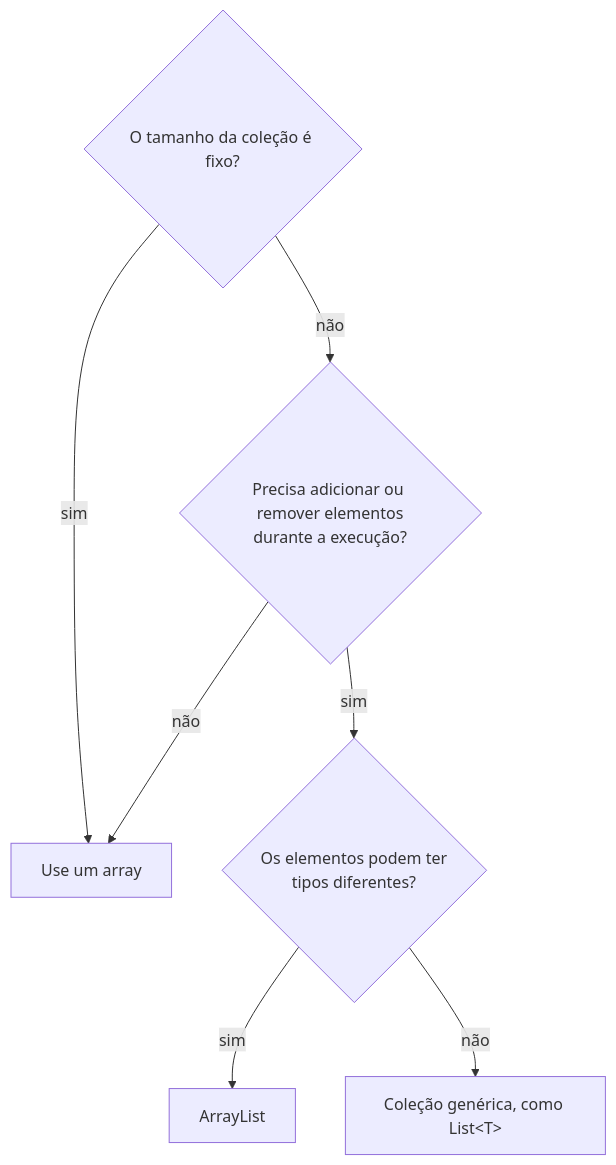
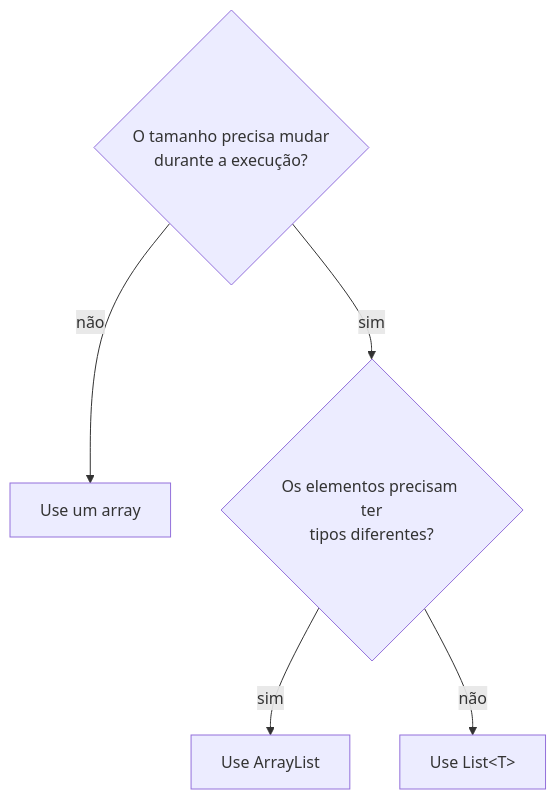
One commit to leorruas/puc changed the diagram in 04. Algoritmos e Estruturas de Dados/01. ArrayList, referências e operações em coleções.md. Above: the diagram before and after it, drawn with Mermaid. The commit also changed other lines of this file, not shown here.

Commit message:
Simplifica árvore Mermaid de decisão sobre ArrayList

````diff
--- a/04. Algoritmos e Estruturas de Dados/01. ArrayList, referências e operações em coleções.md
+++ b/04. Algoritmos e Estruturas de Dados/01. ArrayList, referências e operações em coleções.md
@@ -64,16 +64,13 @@
 ```mermaid
 flowchart TD
-    Inicio{"O tamanho da coleção é fixo?"}:::core
+    Inicio{"O tamanho precisa mudar<br>durante a execução?"}:::core
     Array["Use um array"]:::data
-    Dinamica{"Precisa adicionar ou remover elementos<br>durante a execução?"}:::core
-    Tipos{"Os elementos podem ter<br>tipos diferentes?"}:::core
-    ArrayList["ArrayList"]:::component
-    Generica["Coleção genérica, como List&lt;T&gt;"]:::external
+    Tipos{"Os elementos precisam ter<br>tipos diferentes?"}:::core
+    ArrayList["Use ArrayList"]:::component
+    List["Use List&lt;T&gt;"]:::external
 
-    Inicio -->|"sim"| Array
-    Inicio -->|"não"| Dinamica
-    Dinamica -->|"não"| Array
-    Dinamica -->|"sim"| Tipos
+    Inicio -->|"não"| Array
+    Inicio -->|"sim"| Tipos
     Tipos -->|"sim"| ArrayList
-    Tipos -->|"não"| Generica
+    Tipos -->|"não"| List
 ```
````
